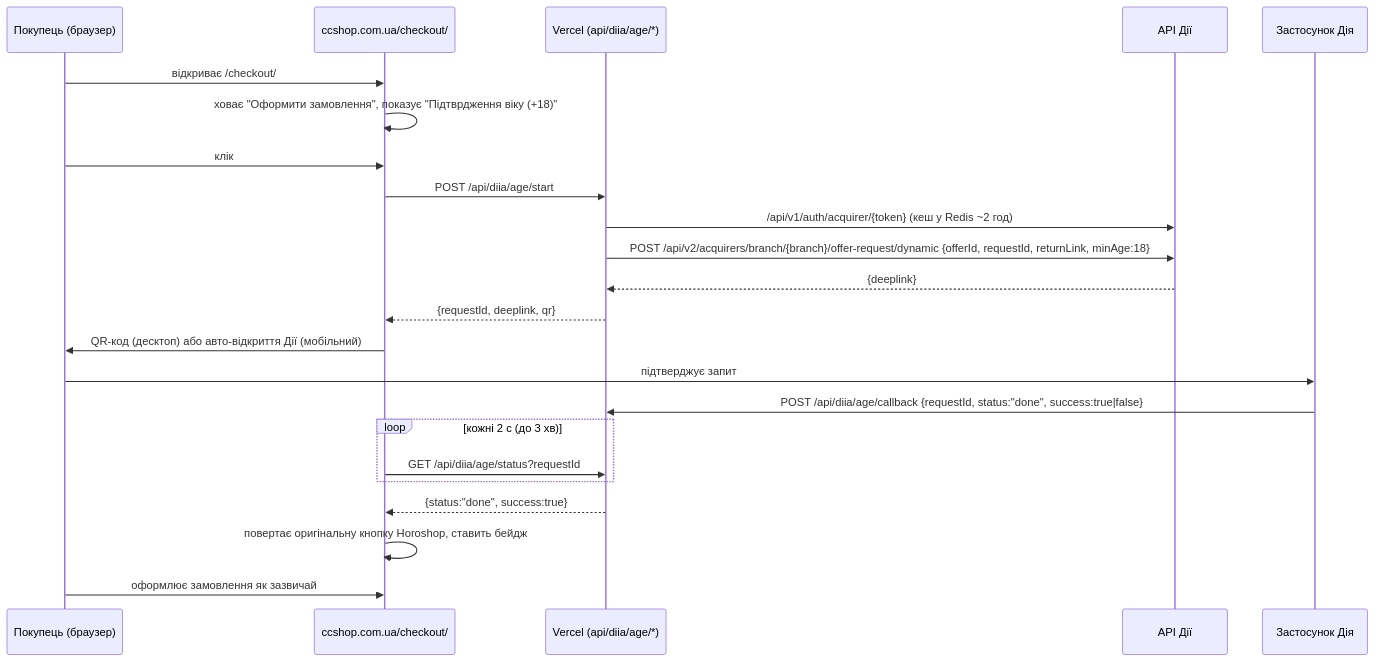
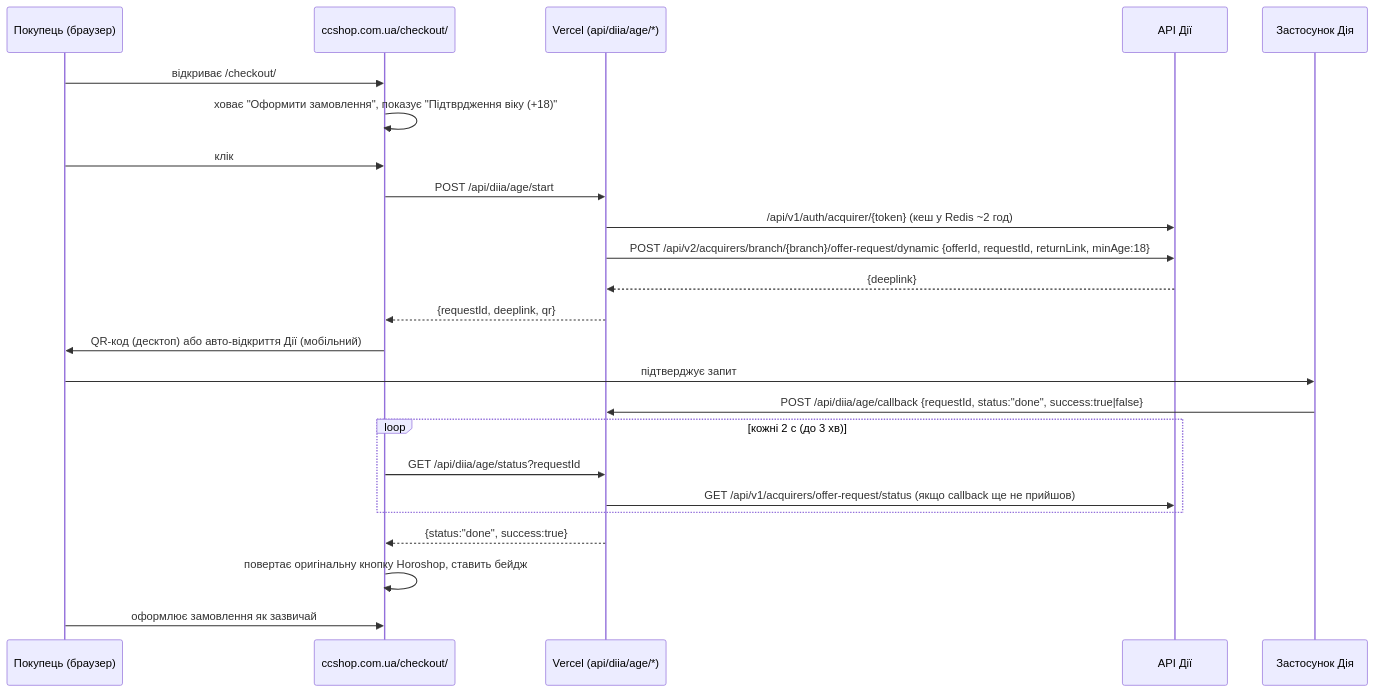
The diagram in README.md (marketing-cc/cc_diya), drawn with Mermaid before and after one commit. The commit also changed other lines of this file and 4 other files, not shown here.

Commit message:
Honor Diia offer-request status when callback never marks /status done.

````diff
--- a/README.md
+++ b/README.md
@@ -14,26 +14,27 @@
 ```mermaid
 sequenceDiagram
     participant U as Покупець (браузер)
     participant H as ccshop.com.ua/checkout/#18
     participant V as Vercel (api/diia/age/*)
     participant D as API Дії
     participant A as Застосунок Дія
 
     U->>H: відкриває /checkout/#18
     H->>H: ховає "Оформити замовлення", показує "Підтврдження віку (+18)"
     U->>H: клік
     H->>V: POST /api/diia/age/start
     V->>D: /api/v1/auth/acquirer/{token} (кеш у Redis ~2 год)
     V->>D: POST /api/v2/acquirers/branch/{branch}/offer-request/dynamic {offerId, requestId, returnLink, minAge:18}
     D-->>V: {deeplink}
     V-->>H: {requestId, deeplink, qr}
     H->>U: QR-код (десктоп) або авто-відкриття Дії (мобільний)
     U->>A: підтверджує запит
     A->>V: POST /api/diia/age/callback {requestId, status:"done", success:true|false}
     loop кожні 2 с (до 3 хв)
         H->>V: GET /api/diia/age/status?requestId
+        V->>D: GET /api/v1/acquirers/offer-request/status (якщо callback ще не прийшов)
     end
     V-->>H: {status:"done", success:true}
     H->>H: повертає оригінальну кнопку Horoshop, ставить бейдж
     U->>H: оформлює замовлення як зазвичай
 ```
````
